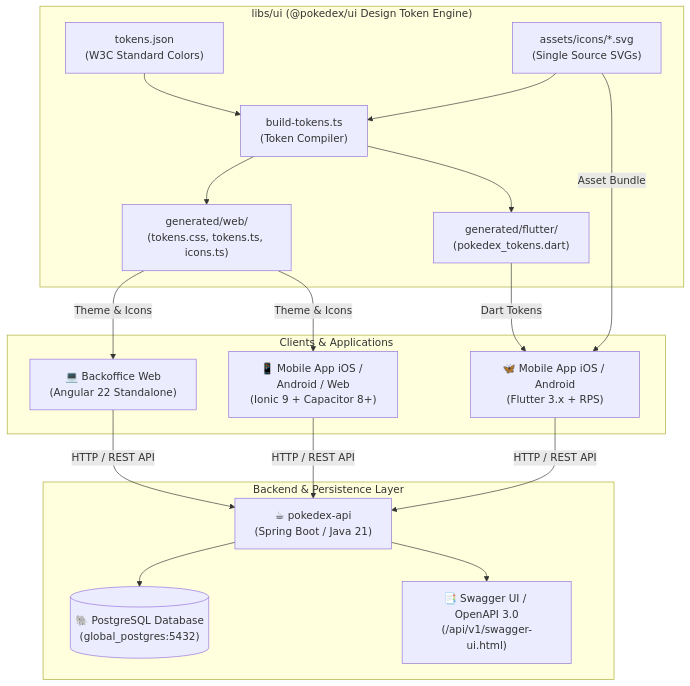
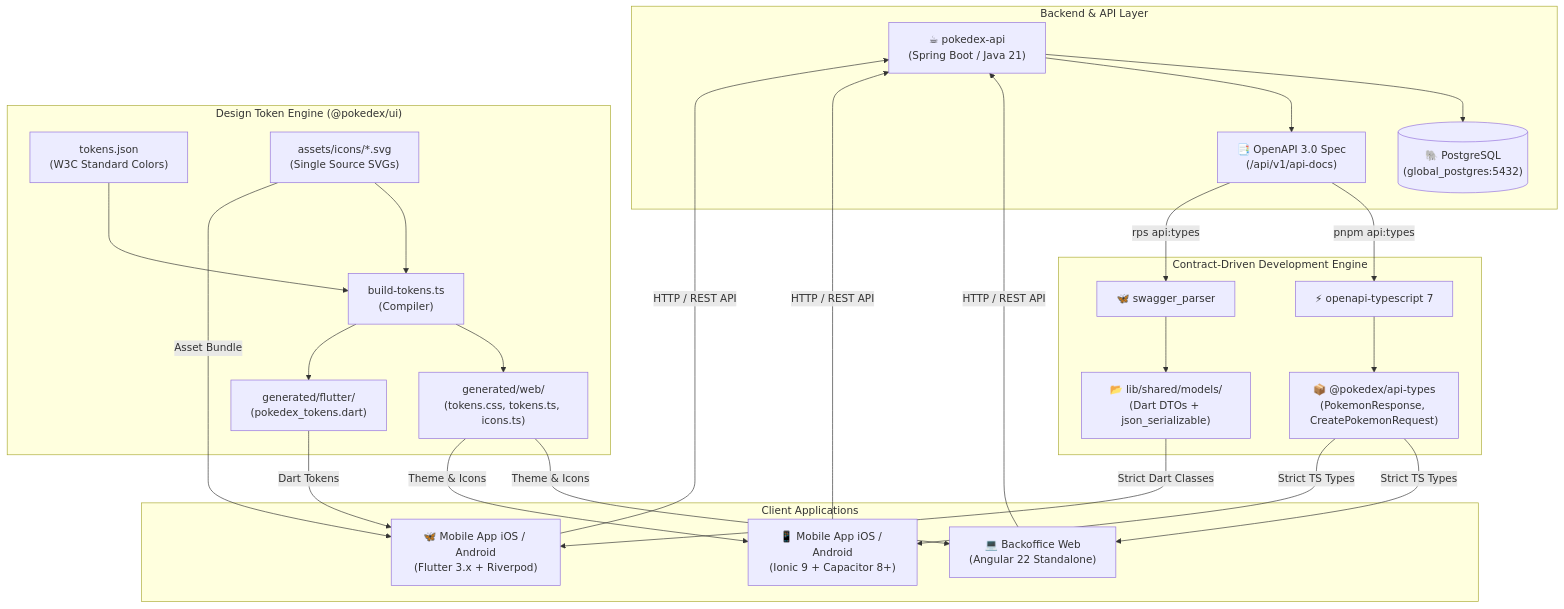
Before and after one commit to DiegoVilla27/pokedex-system: the diagram in README.md, drawn with Mermaid. The commit also changed other lines of this file and 14 other files, not shown here.

````diff
--- a/README.md
+++ b/README.md
@@ -36,37 +67,47 @@
 ```mermaid
 graph TD
-    subgraph Clients [Clients & Applications]
-        Backoffice["💻 Backoffice Web<br/>(Angular 22 Standalone)"]
-        IonicApp["📱 Mobile App iOS / Android / Web<br/>(Ionic 9 + Capacitor 8+)"]
-        FlutterApp["🦋 Mobile App iOS / Android<br/>(Flutter 3.x + RPS)"]
+    subgraph Backend [Backend & API Layer]
+        API["☕ pokedex-api<br/>(Spring Boot / Java 21)"]
+        Postgres[("🐘 PostgreSQL<br/>(global_postgres:5432)")]
+        OpenAPI["📑 OpenAPI 3.0 Spec<br/>(/api/v1/api-docs)"]
+        API --> Postgres
+        API --> OpenAPI
     end
 
-    subgraph DesignCore ["libs/ui (@pokedex/ui Design Token Engine)"]
+    subgraph CDD [Contract-Driven Development Engine]
+        OpenAPI -->|pnpm api:types| TsGen["⚡ openapi-typescript 7"]
+        OpenAPI -->|rps api:types| DartGen["🦋 swagger_parser"]
+        TsGen --> LibTypes["📦 @pokedex/api-types<br/>(PokemonResponse, CreatePokemonRequest)"]
+        DartGen --> FlutterModels["📂 lib/shared/models/<br/>(Dart DTOs + json_serializable)"]
+    end
+
+    subgraph DesignCore ["Design Token Engine (@pokedex/ui)"]
         TokensSource["tokens.json<br/>(W3C Standard Colors)"]
         IconsSource["assets/icons/*.svg<br/>(Single Source SVGs)"]
-        BuildScript["build-tokens.ts<br/>(Token Compiler)"]
+        BuildScript["build-tokens.ts<br/>(Compiler)"]
 
         TokensSource --> BuildScript
         IconsSource --> BuildScript
         BuildScript --> GeneratedWeb["generated/web/<br/>(tokens.css, tokens.ts, icons.ts)"]
         BuildScript --> GeneratedFlutter["generated/flutter/<br/>(pokedex_tokens.dart)"]
     end
 
-    subgraph BackendServices [Backend & Persistence Layer]
-        API["☕ pokedex-api<br/>(Spring Boot / Java 21)"]
-        Postgres[("🐘 PostgreSQL Database<br/>(global_postgres:5432)")]
-        Swagger["📑 Swagger UI / OpenAPI 3.0<br/>(/api/v1/swagger-ui.html)"]
+    subgraph Clients [Client Applications]
+        Backoffice["💻 Backoffice Web<br/>(Angular 22 Standalone)"]
+        IonicApp["📱 Mobile App iOS / Android<br/>(Ionic 9 + Capacitor 8+)"]
+        FlutterApp["🦋 Mobile App iOS / Android<br/>(Flutter 3.x + Riverpod)"]
+    end
 
-        API --> Postgres
-        API --> Swagger
-    end
+    LibTypes -->|Strict TS Types| Backoffice
+    LibTypes -->|Strict TS Types| IonicApp
+    FlutterModels -->|Strict Dart Classes| FlutterApp
 
     GeneratedWeb -->|Theme & Icons| Backoffice
     GeneratedWeb -->|Theme & Icons| IonicApp
     GeneratedFlutter -->|Dart Tokens| FlutterApp
     IconsSource -->|Asset Bundle| FlutterApp
 
     Backoffice -->|HTTP / REST API| API
     IonicApp -->|HTTP / REST API| API
     FlutterApp -->|HTTP / REST API| API
 ```
````
